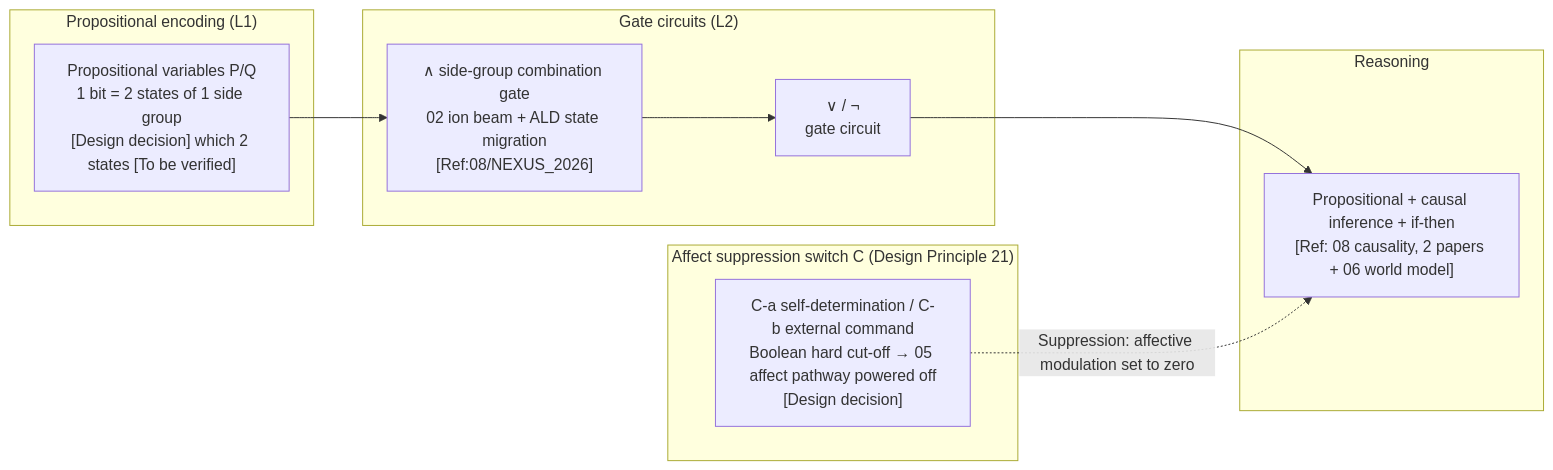
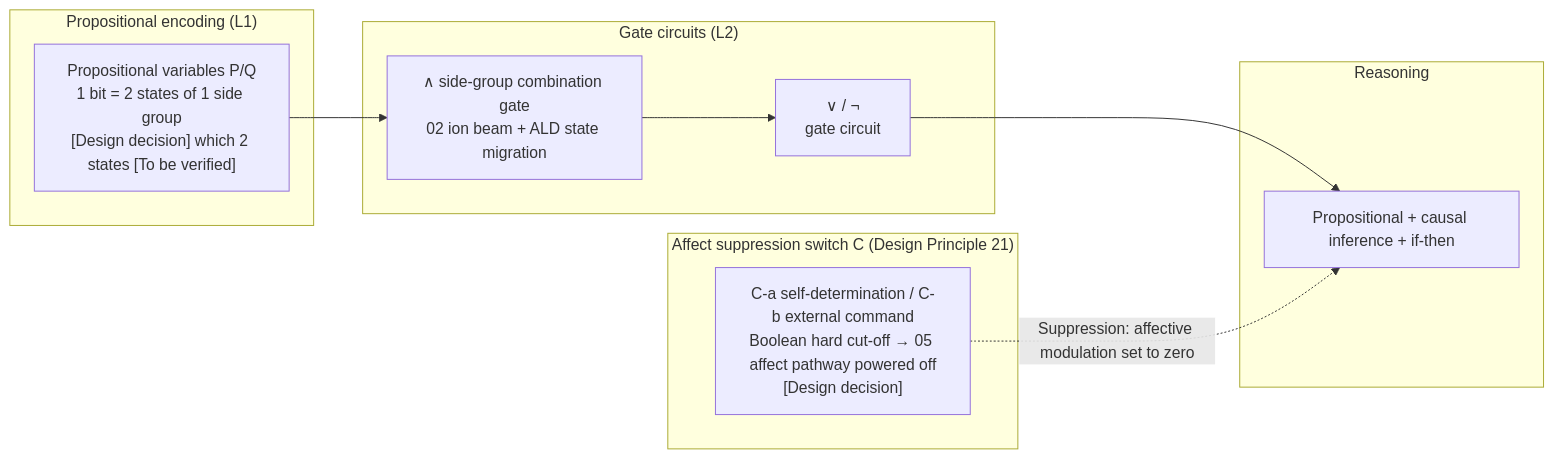
Before and after one commit to RichardASimon/Silicon-Biological-Blueprint: the first of 2 diagrams in en-US/08-Logical-Reasoning.md, drawn with Mermaid. The commit also changed other lines of this file and 23 other files, not shown here.

First line of the commit message:
docs: improve report formatting, table balance and diagram captions

````diff
--- a/en-US/08-Logical-Reasoning.md
+++ b/en-US/08-Logical-Reasoning.md
@@ -129,24 +164,24 @@
 ```mermaid
 flowchart LR
     subgraph ENC["Propositional encoding (L1)"]
         P["Propositional variables P/Q<br/>1 bit = 2 states of 1 side group<br/>[Design decision] which 2 states [To be verified]"]
     end
 
     subgraph GATE["Gate circuits (L2)"]
-        AND["∧ side-group combination gate<br/>02 ion beam + ALD state migration<br/>[Ref:08/NEXUS_2026]"]
+        AND["∧ side-group combination gate<br/>02 ion beam + ALD state migration<br/>"]
         ORV["∨ / ¬<br/>gate circuit"]
         AND --> ORV
     end
 
     subgraph REAS["Reasoning"]
-        R["Propositional + causal inference + if-then<br/>[Ref: 08 causality, 2 papers + 06 world model]"]
+        R["Propositional + causal inference + if-then<br/>"]
     end
 
     subgraph SUPP["Affect suppression switch C (Design Principle 21)"]
         C["C-a self-determination / C-b external command<br/>Boolean hard cut-off → 05 affect pathway powered off<br/>[Design decision]"]
     end
 
     P --> AND
     ORV --> R
     C -.->|Suppression: affective modulation set to zero| R
 ```
````
